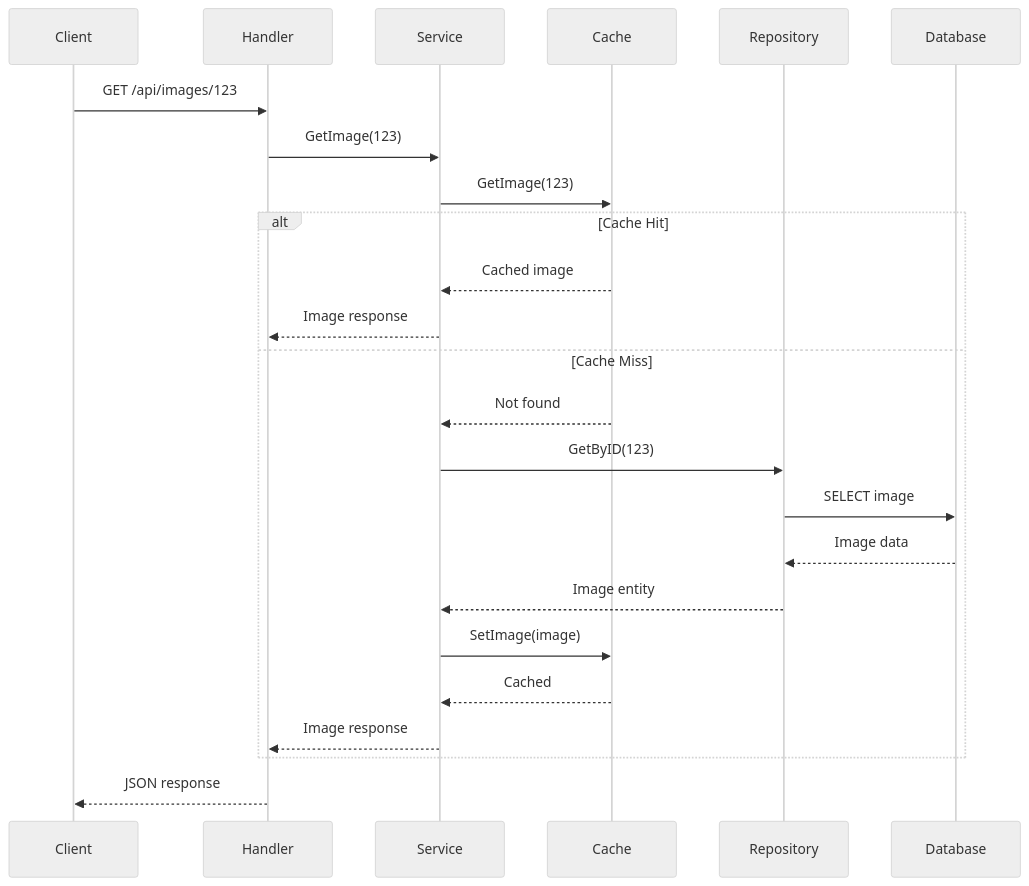
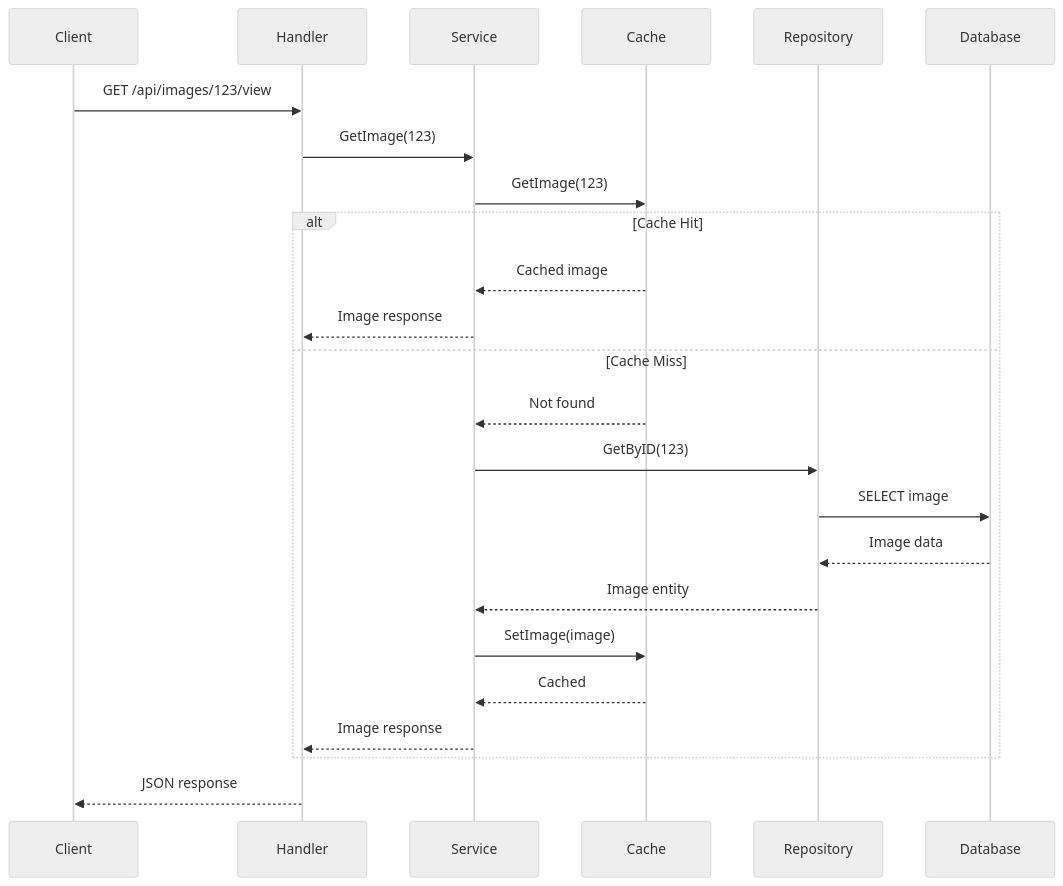
One commit to Smana/golang-helloworld changed the third of 6 diagrams in docs/ARCHITECTURE.md. Above: the diagram before and after it, drawn with Mermaid (neutral theme). The commit also changed 6 other files, not shown here.

First line of the commit message:
fix(api): remove the unroutable image view URL

````diff
--- a/docs/ARCHITECTURE.md
+++ b/docs/ARCHITECTURE.md
@@ -370,29 +370,29 @@
 ```mermaid
 sequenceDiagram
     participant C as Client
     participant H as Handler
     participant S as Service
     participant Ca as Cache
     participant R as Repository
     participant DB as Database
     
-    C->>H: GET /api/images/123
+    C->>H: GET /api/images/123/view
     H->>S: GetImage(123)
     S->>Ca: GetImage(123)
     
     alt Cache Hit
         Ca-->>S: Cached image
         S-->>H: Image response
     else Cache Miss
         Ca-->>S: Not found
         S->>R: GetByID(123)
         R->>DB: SELECT image
         DB-->>R: Image data
         R-->>S: Image entity
         S->>Ca: SetImage(image)
         Ca-->>S: Cached
         S-->>H: Image response
     end
     
     H-->>C: JSON response
 ```
````
